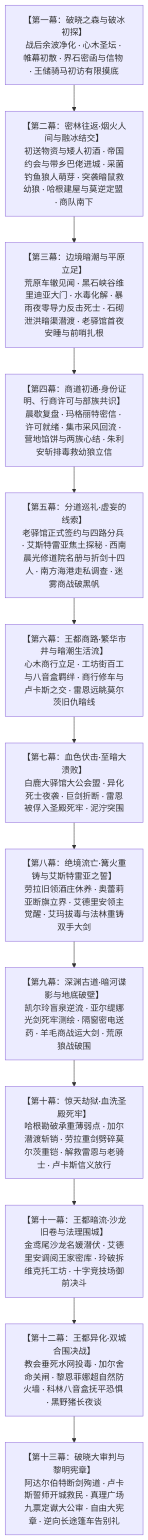
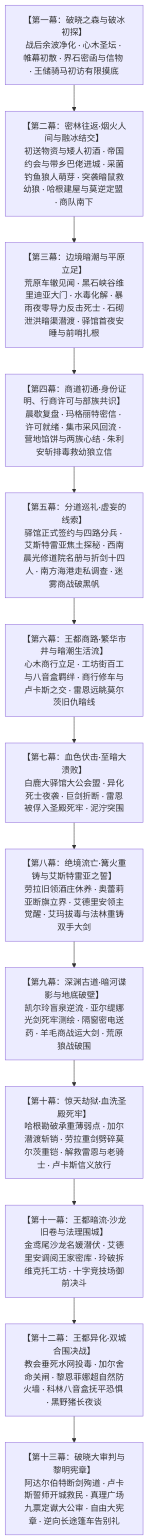
Before and after one commit to soranokiseki1437/eldoria-worldbook: the first of 2 diagrams in 方案/第二部/主线与世界扩充方案/01_宏篇主线剧情总大纲与分幕导航.md, drawn with Mermaid. The commit also changed other lines of this file and 71 other files, not shown here.

````diff
--- a/方案/第二部/主线与世界扩充方案/01_宏篇主线剧情总大纲与分幕导航.md
+++ b/方案/第二部/主线与世界扩充方案/01_宏篇主线剧情总大纲与分幕导航.md
@@ -12,18 +12,18 @@
 ```mermaid
 graph TD
     M1["【第一幕：破晓之森与破冰初探】<br/>战后余波净化 · 心木圣坛 · 帷幕初散 · 界石密函与信物 · 王储骑马初访有限摸底"]
     M2["【第二幕：密林往返·烟火人间与融冰结交】<br/>初送物资与矮人初酒 · 帝国约会与带乡巴佬进城 · 采菌钓鱼狼人萌芽 · 突袭暗鼠救幼狼 · 哈根建屋与莫逆定盟 · 商队南下"]
-    M3["【第三幕：边境暗潮与平原立足】<br/>荒原车辙见闻 · 黑石峡谷维里迪亚大门 · 水毒化解 · 暴雨夜零导力反击死士 · 石砌泄洪暗渠潜渡 · 老驿馆首夜安睡与前哨扎根"]
+    M3["【第三幕：边境暗潮与平原立足】<br/>荒原车辙见闻 · 黑石峡谷维里迪亚大门 · 水毒化解 · 暴雨夜零导力反击死士 · 石砌泄洪暗渠潜渡 · 驿馆首夜安睡与前哨扎根"]
     M4["【第四幕：商道初通·身份证明、行商许可与部族共识】<br/>晨歇复盘 · 玛格丽特密信 · 许可就绪 · 集市采风回流 · 营地馅饼与两族心结 · 朱利安斩排毒救幼狼立信"]
-    M5["【第五幕：分道巡礼·虚妄的线索】<br/>老驿馆正式签约与四路分兵 · 艾斯特雷亚焦土探秘 · 西南晨光修道院名册与折剑十四人 · 南方海港走私调查 · 迷雾商战破黑帆"]
+    M5["【第五幕：分道巡礼·虚妄的线索】<br/>驿馆正式签约与四路分兵 · 艾斯特雷亚焦土探秘 · 西南晨光修道院名册与折剑十四人 · 南方海港走私调查 · 迷雾商战破黑帆"]
     M6["【第六幕：王都商路·繁华市井与暗潮生活流】<br/>心木商行立足 · 工坊街百工与八音盒羁绊 · 商行修车与卢卡斯之交 · 雷恩远眺莫尔茨旧仇暗线"]
     M7["【第七幕：血色伏击·至暗大溃败】<br/>白鹿大驿馆大公会盟 · 异化死士夜袭 · 巨剑折断 · 雷恩被俘入圣殿死牢 · 泥泞突围"]
     M8["【第八幕：绝境流亡·篝火重铸与艾斯特雷亚之誓】<br/>劳拉旧领酒庄休养 · 奥蕾莉亚断旗立界 · 艾德里安领主觉醒 · 艾玛拔毒与法林重铸双手大剑"]
     M9["【第九幕：深渊古道·暗河谍影与地底破壁】<br/>凯尔玲盲泉逆流 · 亚尔缇娜光剑死牢测绘 · 隔窗密电送药 · 羊毛商战运大剑 · 荒原狼战破围"]
     M10["【第十幕：惊天劫狱·血洗圣殿死牢】<br/>哈根勘破承重薄弱点 · 加尔潜渡斩销 · 劳拉重剑劈碎莫尔茨重铠 · 解救雷恩与老骑士 · 卢卡斯信义放行"]
     M11["【第十一幕：王都暗流·沙龙旧卷与法理围城】<br/>金鸢尾沙龙名媛潜伏 · 艾德里安调阅王家密库 · 玲破拆维克托工坊 · 十字竞技场御前决斗"]
     M12["【第十二幕：王都异化·双城合围决战】<br/>教会垂死水网投毒 · 加尔舍命关闸 · 黎恩菲娜超自然防火墙 · 科林八音盒抚平恐惧 · 黑野猪长夜谈"]
     M13["【第十三幕：破晓大审判与黎明宪章】<br/>阿达尔伯特断剑殉道 · 卢卡斯誓师开城救民 · 真理广场九票定谳大公审 · 自由大宪章 · 逆向长途篷车告别礼"]
 
     M1 --> M2 --> M3 --> M4 --> M5 --> M6 --> M7 --> M8 --> M9 --> M10 --> M11 --> M12 --> M13
 ```
````
